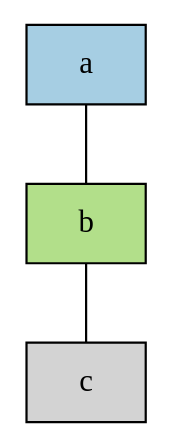
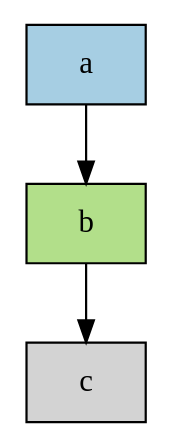
The diagram in 03-colorized.dot (scriptum/graphviz-examples), drawn with Graphviz before and after one commit. The commit also changed 1 other file, not shown here.

```diff
--- a/03-colorized.dot
+++ b/03-colorized.dot
@@ -1,8 +1,8 @@
-graph {
+digraph {
 	//note: style=filled!
 	node [shape=box colorscheme=paired12 style=filled]
 	margin=0.1
 	a[fillcolor=1]
 	b[fillcolor=3]
-	a--b--c
+	a->b->c
 }
```
